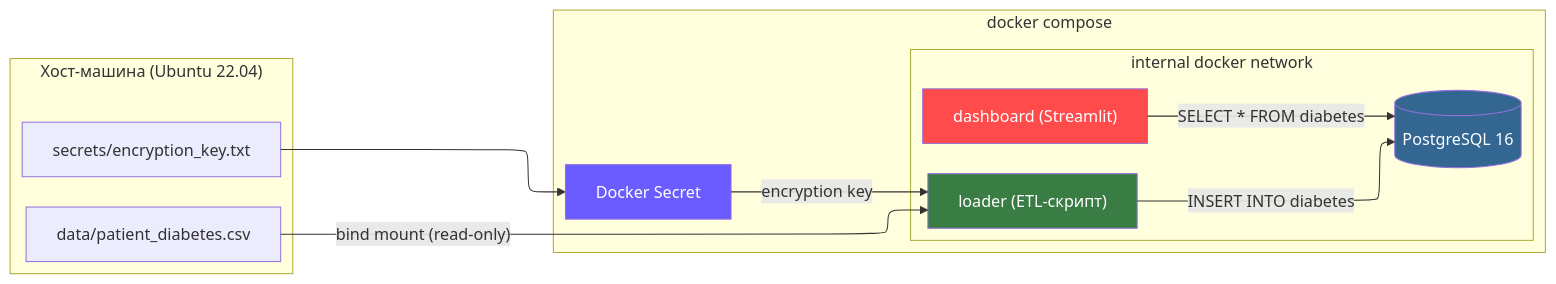
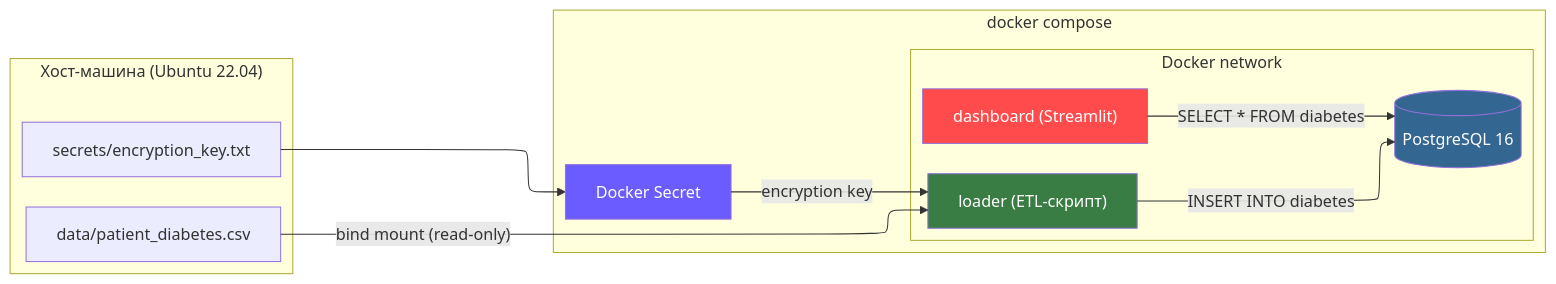
One commit to wyamka/DevOps-MGPU changed the diagram in lab2/README.md. Above: the diagram before and after it, drawn with Mermaid.

````diff
--- a/lab2/README.md
+++ b/lab2/README.md
@@ -14,38 +14,38 @@
 ```mermaid
 ---
 config:
   layout: elk
 ---
 flowchart LR
 
     subgraph HOST["Хост-машина (Ubuntu 22.04)"]
         RAW["data/patient_diabetes.csv"]
         SECRETFILE["secrets/encryption_key.txt"]
     end
 
     subgraph COMPOSE["docker compose"]
         
-        subgraph NET["internal docker network"]
+        subgraph NET["Docker network"]
             LOADER["loader (ETL-скрипт)"]
             DB[(PostgreSQL 16)]
             DASH["dashboard (Streamlit)"]
         end
 
         SECRET["Docker Secret"]
  
     end
 
     RAW -- "bind mount (read-only)" --> LOADER
     SECRETFILE --> SECRET
     SECRET -- "encryption key" --> LOADER
 
     LOADER -- "INSERT INTO diabetes" --> DB
     DASH -- "SELECT * FROM diabetes" --> DB
 
 
 
     style DB fill:#336791,color:#fff
     style LOADER fill:#3a7d44,color:#fff
     style DASH fill:#ff4b4b,color:#fff
     style SECRET fill:#6b5cff,color:#fff
 ```
````
